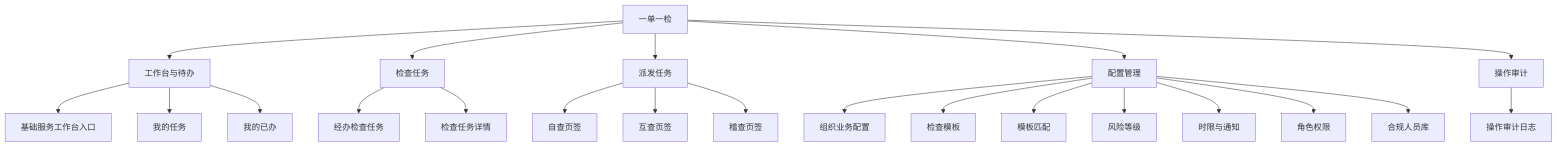
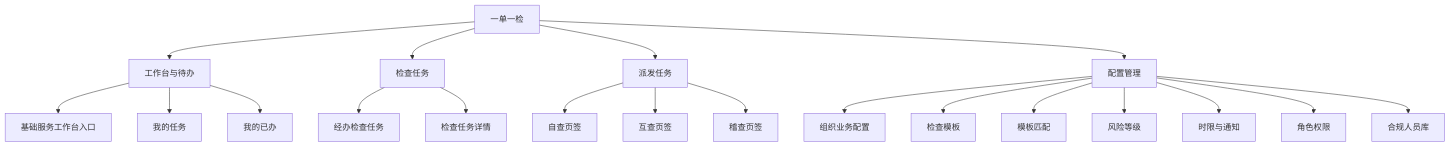
Diagram 16 of 16 in axureMake/docs/四局一单一检/prd.md (LRainD/LRainD.github.io), drawn with Mermaid before and after one commit. The commit also changed other lines of this file and 21 other files, not shown here.

````diff
--- a/axureMake/docs/四局一单一检/prd.md
+++ b/axureMake/docs/四局一单一检/prd.md
@@ -1051,30 +1012,28 @@
 ```mermaid
 flowchart TB
     ROOT[一单一检]
 
     ROOT --> WB[工作台与待办]
     WB --> WB1[基础服务工作台入口]
     WB --> WB2[我的任务]
     WB --> WB3[我的已办]
 
     ROOT --> CONTRACT[检查任务]
     CONTRACT --> C1[经办检查任务]
     CONTRACT --> C4[检查任务详情]
 
     ROOT --> DISPATCH[派发任务]
     DISPATCH --> D1[自查页签]
     DISPATCH --> D2[互查页签]
     DISPATCH --> D3[稽查页签]
 
     ROOT --> CONFIG[配置管理]
     CONFIG --> G0[组织业务配置]
     CONFIG --> G1[检查模板]
     CONFIG --> G2[模板匹配]
     CONFIG --> G3[风险等级]
     CONFIG --> G4[时限与通知]
     CONFIG --> G5[角色权限]
     CONFIG --> G6[合规人员库]
 
-    ROOT --> AUDITLOG[操作审计]
-    AUDITLOG --> R4[操作审计日志]
 ```
````
